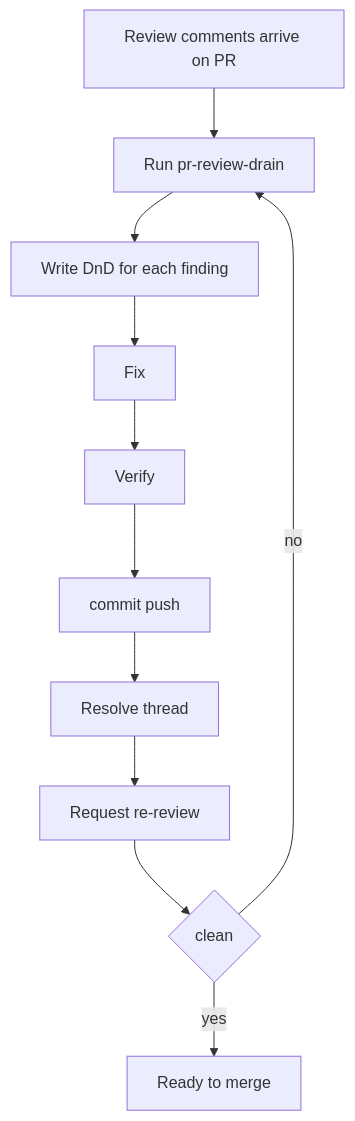
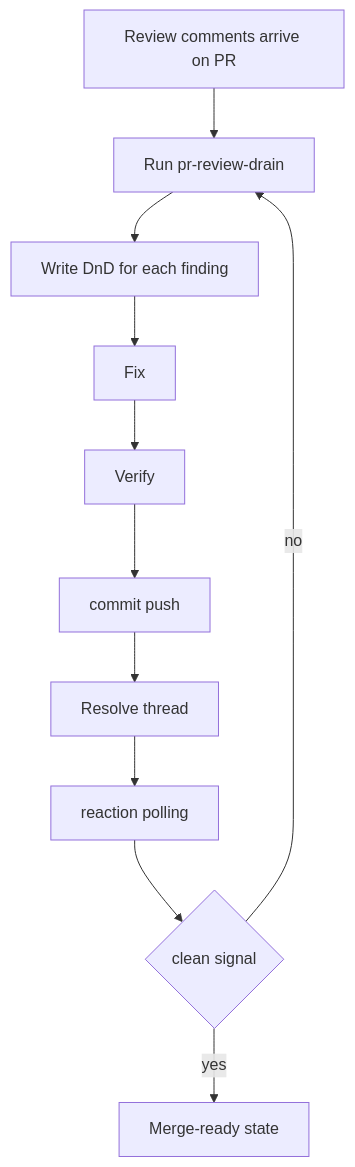
One commit to limcpf/octosmith changed diagram 11 of 11 in README.en.md. Above: the diagram before and after it, drawn with Mermaid. The commit also changed other lines of this file and 6 other files, not shown here.

````diff
--- a/README.en.md
+++ b/README.en.md
@@ -341,13 +355,13 @@
 ```mermaid
 flowchart TD
   A[Review comments arrive on PR] --> B[Run pr-review-drain]
   B --> C[Write DnD for each finding]
   C --> D[Fix]
   D --> E[Verify]
   E --> F[commit push]
   F --> G[Resolve thread]
-  G --> H[Request re-review]
-  H --> I{clean}
+  G --> H[reaction polling]
+  H --> I{clean signal}
   I -->|no| B
-  I -->|yes| J[Ready to merge]
+  I -->|yes| J[Merge-ready state]
 ```
````
